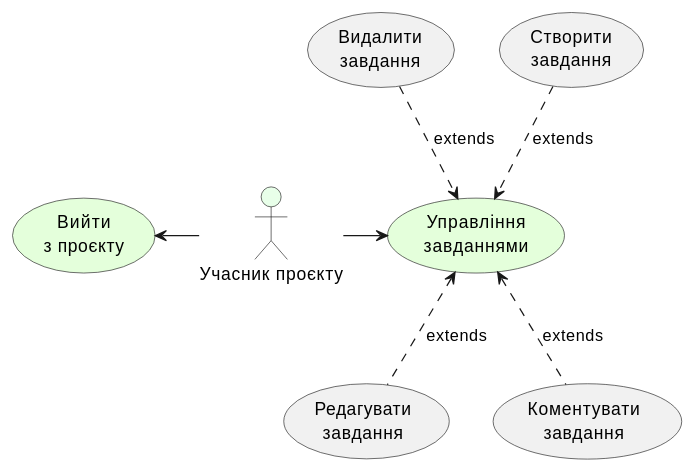
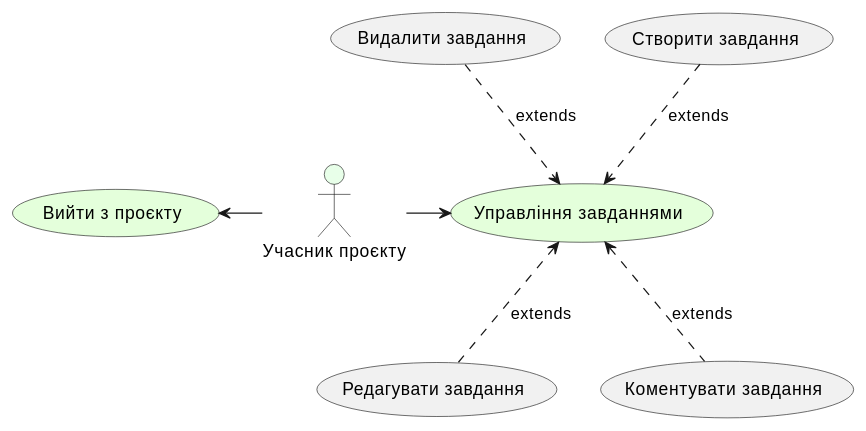
Before and after one commit to wiiiolettaaaaa/coursework_database: the third of 27 diagrams in docs/use cases/README.md, drawn with PlantUML. The commit also changed other lines of this file, not shown here.

```diff
--- a/docs/use cases/README.md
+++ b/docs/use cases/README.md
@@ -104,22 +104,22 @@
 @startuml
 
     actor "Учасник проєкту" as ProjectMember #e8ffe9
 
-    usecase "Управління\nзавданнями" as TaskManagement #e4ffdb
+    usecase "Управління завданнями" as TaskManagement #e4ffdb
 
-    usecase "Створити\nзавдання" as CreateTask 
-    usecase "Редагувати\nзавдання" as EditTask 
-    usecase "Видалити\nзавдання" as DeleteTask 
-    usecase "Коментувати\nзавдання" as CommentTask 
-    usecase "Вийти\nз проєкту" as LogOut #e4ffdb
+    usecase "Створити завдання" as CreateTask 
+    usecase "Редагувати завдання" as EditTask 
+    usecase "Видалити завдання" as DeleteTask 
+    usecase "Коментувати завдання" as CommentTask 
+    usecase "Вийти з проєкту" as LogOut #e4ffdb
 
 
     ProjectMember -l-> LogOut
     ProjectMember -r-> TaskManagement
 
     TaskManagement <.u. CreateTask :extends
     TaskManagement <.d. EditTask :extends
     TaskManagement <.d. CommentTask :extends
     TaskManagement <.u. DeleteTask :extends
 
 @enduml
```
